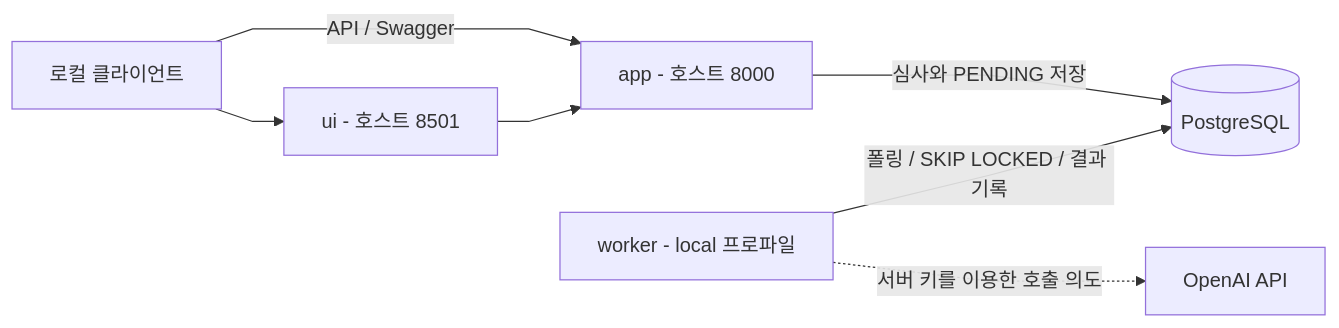
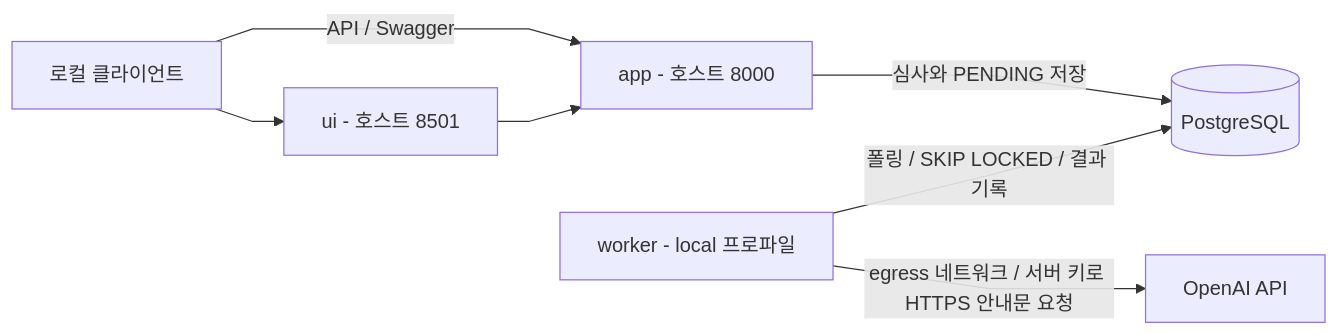
The third of 3 diagrams in docs/아키텍처.md (Gwangdev/loan-suitability-agent), drawn with Mermaid before and after one commit. The commit also changed other lines of this file and 3 other files, not shown here.

````diff
--- a/docs/아키텍처.md
+++ b/docs/아키텍처.md
@@ -89,16 +89,16 @@
 ```mermaid
 %%{init: {"flowchart": {"curve": "linear"}}}%%
 flowchart LR
     Client[로컬 클라이언트]
     UI[ui - 호스트 8501]
     API[app - 호스트 8000]
     DB[(PostgreSQL)]
     Worker[worker - local 프로파일]
     Provider[OpenAI API]
     Client --> UI
     Client -->|API / Swagger| API
     UI --> API
     API -->|심사와 PENDING 저장| DB
     Worker -->|폴링 / SKIP LOCKED / 결과 기록| DB
-    Worker -. 서버 키를 이용한 호출 의도 .-> Provider
+    Worker -->|egress 네트워크 / 서버 키로 HTTPS 안내문 요청| Provider
 ```
````
